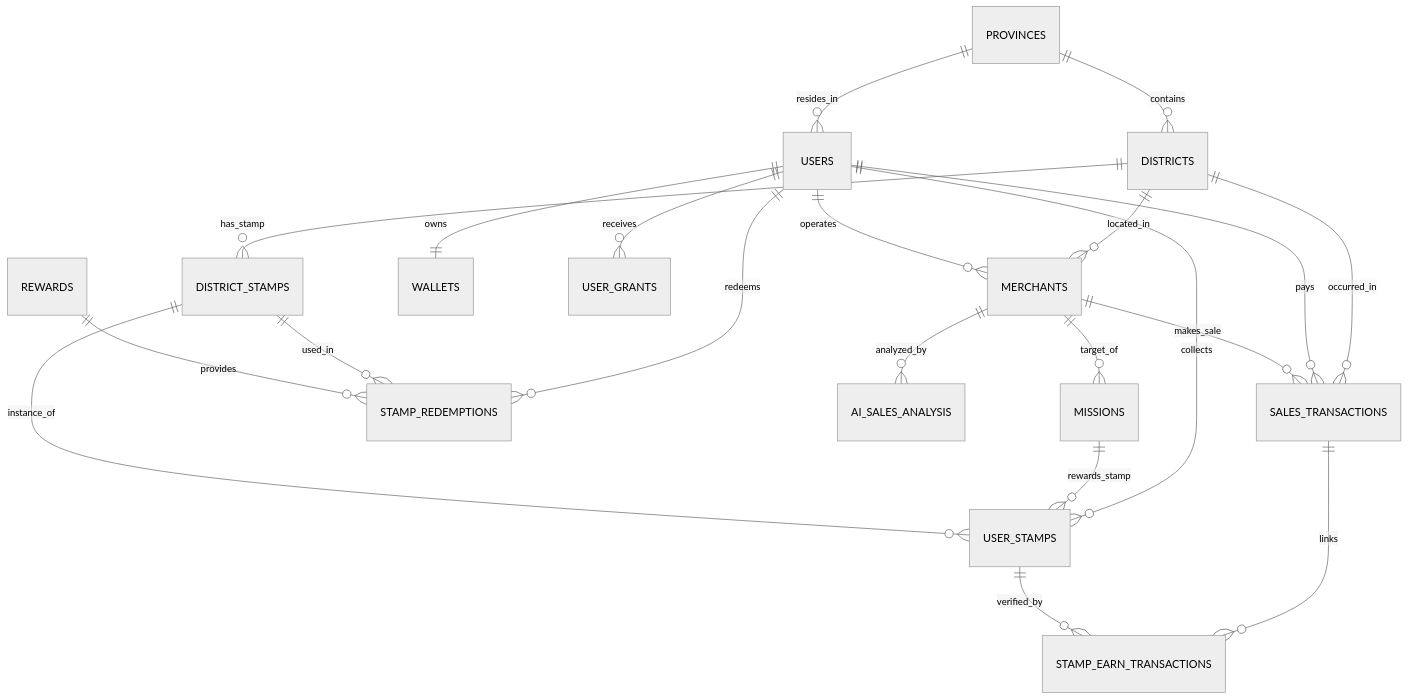
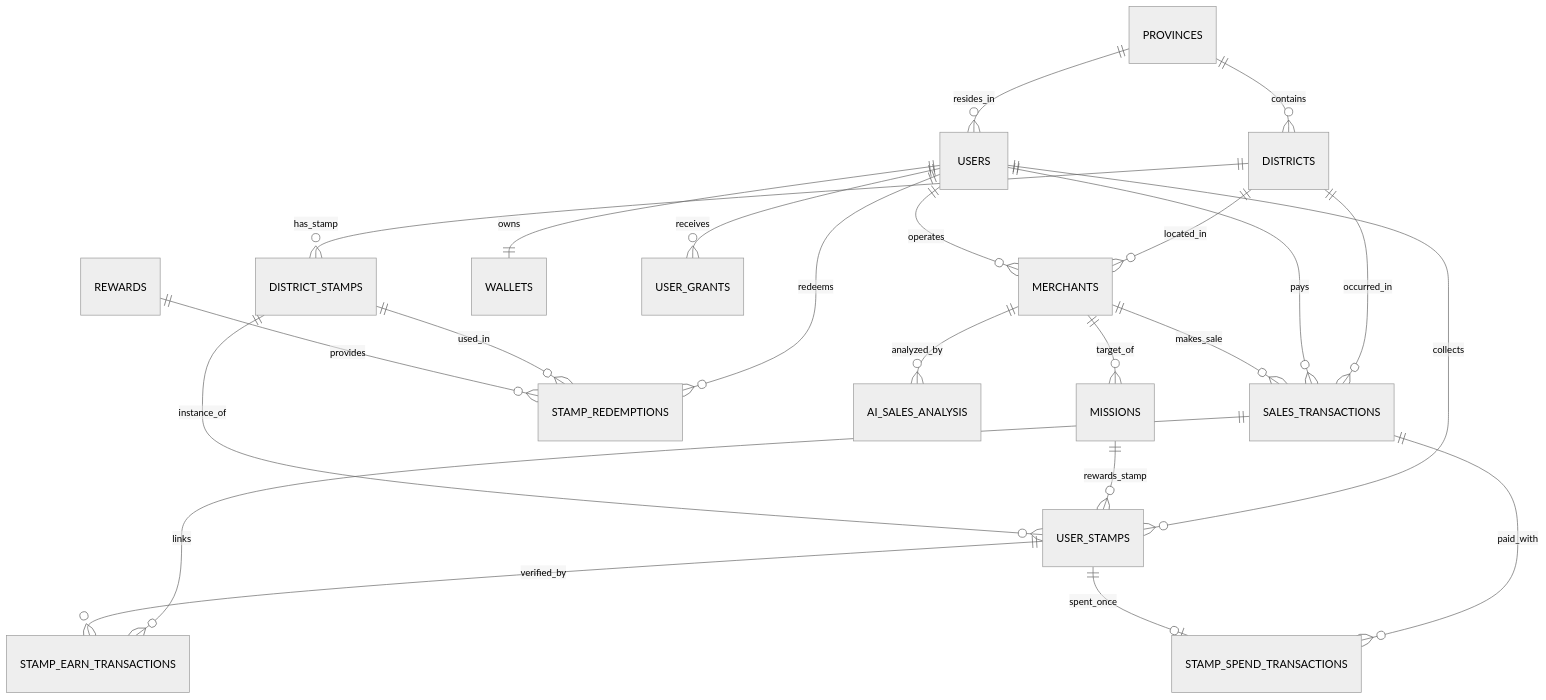
One commit to krittiyawadeeP/kai-chauy-roi--projectWebapp changed the diagram in protocol/DATABASE_STRUCTURE.md. Above: the diagram before and after it, drawn with Mermaid (neutral theme). The commit also changed other lines of this file and 15 other files, not shown here.

````diff
--- a/protocol/DATABASE_STRUCTURE.md
+++ b/protocol/DATABASE_STRUCTURE.md
@@ -19,29 +19,31 @@
 ```mermaid
 erDiagram
     PROVINCES ||--o{ DISTRICTS : contains
     PROVINCES ||--o{ USERS : resides_in
     DISTRICTS ||--o{ MERCHANTS : located_in
     DISTRICTS ||--o{ DISTRICT_STAMPS : has_stamp
     DISTRICTS ||--o{ SALES_TRANSACTIONS : occurred_in
     
     USERS ||--|| WALLETS : owns
     USERS ||--o{ USER_GRANTS : receives
     USERS ||--o{ MERCHANTS : operates
     USERS ||--o{ SALES_TRANSACTIONS : pays
     USERS ||--o{ USER_STAMPS : collects
     USERS ||--o{ STAMP_REDEMPTIONS : redeems
 
     MERCHANTS ||--o{ SALES_TRANSACTIONS : makes_sale
     MERCHANTS ||--o{ AI_SALES_ANALYSIS : analyzed_by
     MERCHANTS ||--o{ MISSIONS : target_of
 
     MISSIONS ||--o{ USER_STAMPS : rewards_stamp
 
     DISTRICT_STAMPS ||--o{ USER_STAMPS : instance_of
     DISTRICT_STAMPS ||--o{ STAMP_REDEMPTIONS : used_in
 
     SALES_TRANSACTIONS ||--o{ STAMP_EARN_TRANSACTIONS : links
     USER_STAMPS ||--o{ STAMP_EARN_TRANSACTIONS : verified_by
+    SALES_TRANSACTIONS ||--o{ STAMP_SPEND_TRANSACTIONS : paid_with
+    USER_STAMPS ||--o| STAMP_SPEND_TRANSACTIONS : spent_once
 
     REWARDS ||--o{ STAMP_REDEMPTIONS : provides
 ```
````
